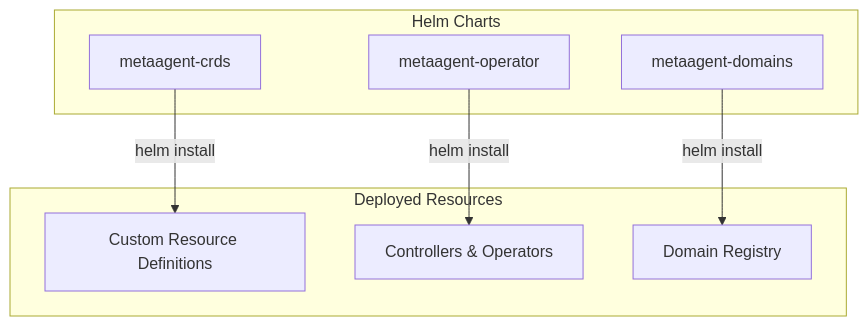
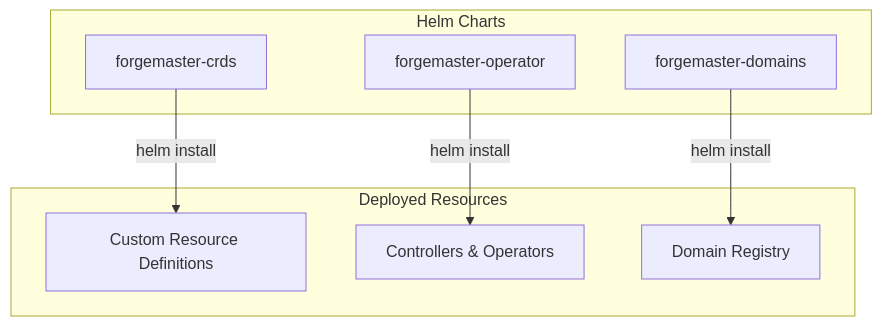
Before and after one commit to dshcherbatiuk/forgemaster: the fourth of 4 diagrams in docs/arch/05-k8s-deployment.md, drawn with Mermaid. The commit also changed other lines of this file and 14 other files, not shown here.

First line of the commit message:
docs: OHS-0000 Update architecture docs with entity responsibilities

````diff
--- a/docs/arch/05-k8s-deployment.md
+++ b/docs/arch/05-k8s-deployment.md
@@ -681,18 +606,18 @@
 ```mermaid
 flowchart TB
     subgraph HelmCharts["Helm Charts"]
-        MC[metaagent-crds]
-        MO[metaagent-operator]
-        MD[metaagent-domains]
+        MC[forgemaster-crds]
+        MO[forgemaster-operator]
+        MD[forgemaster-domains]
     end
 
     subgraph Deployed["Deployed Resources"]
         CRDs[Custom Resource Definitions]
         Controllers[Controllers & Operators]
         Domains[Domain Registry]
     end
 
     MC -->|"helm install"| CRDs
     MO -->|"helm install"| Controllers
     MD -->|"helm install"| Domains
 ```
````
